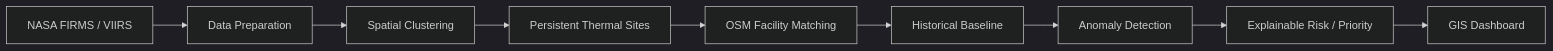
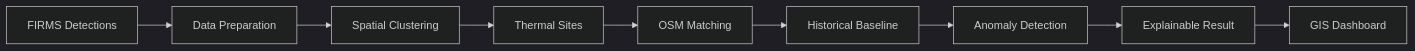
The diagram in README.md (meawdak/VALKYRIES_Thermograph), drawn with Mermaid (dark theme) before and after one commit. The commit also changed other lines of this file, not shown here.

````diff
--- a/README.md
+++ b/README.md
@@ -100,11 +27,11 @@
 ```mermaid
 flowchart LR
-    A[NASA FIRMS / VIIRS] --> B[Data Preparation]
-    B --> C[Spatial Clustering]
-    C --> D[Persistent Thermal Sites]
-    D --> E[OSM Facility Matching]
-    E --> F[Historical Baseline]
-    F --> G[Anomaly Detection]
-    G --> H[Explainable Risk / Priority]
-    H --> I[GIS Dashboard]
+    A["FIRMS Detections"] --> B["Data Preparation"]
+    B --> C["Spatial Clustering"]
+    C --> D["Thermal Sites"]
+    D --> E["OSM Matching"]
+    E --> F["Historical Baseline"]
+    F --> G["Anomaly Detection"]
+    G --> H["Explainable Result"]
+    H --> I["GIS Dashboard"]
 ```
````
